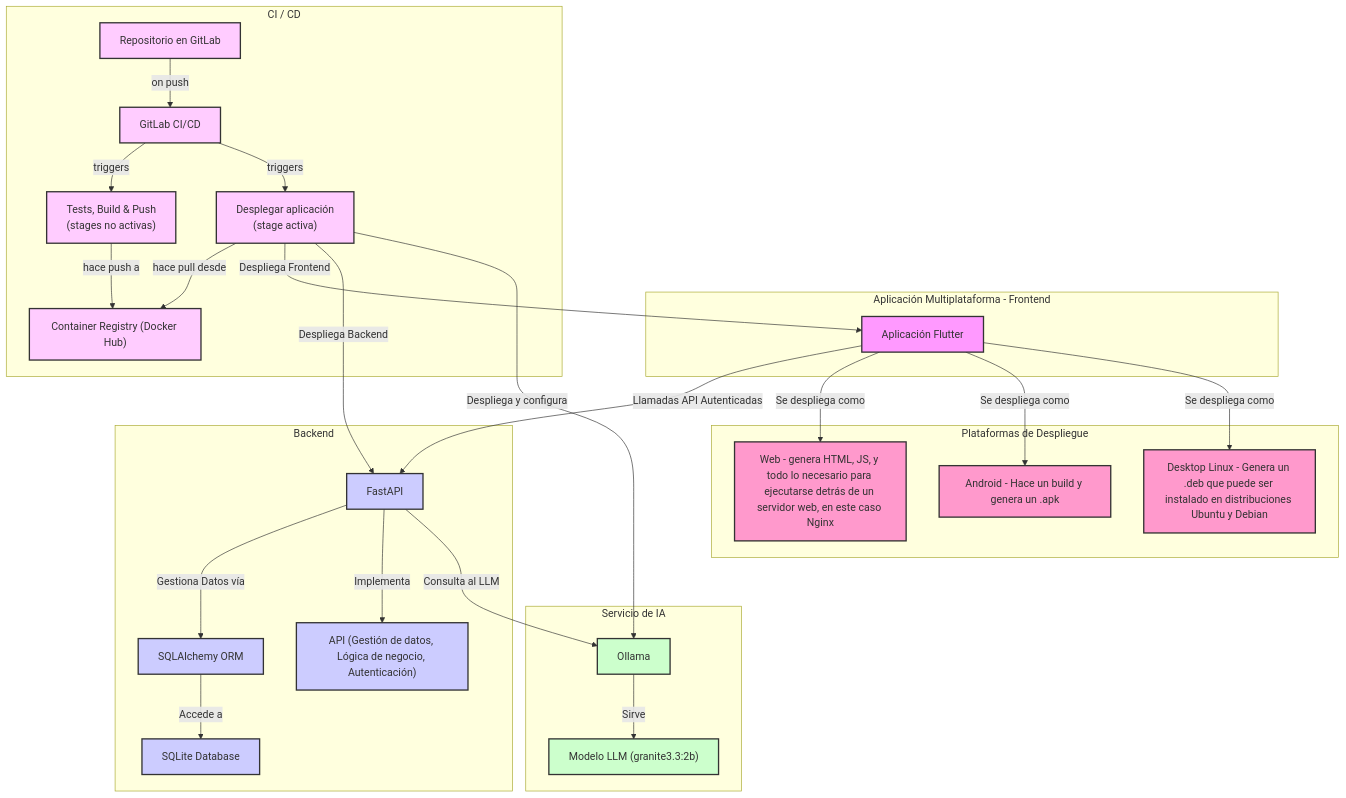
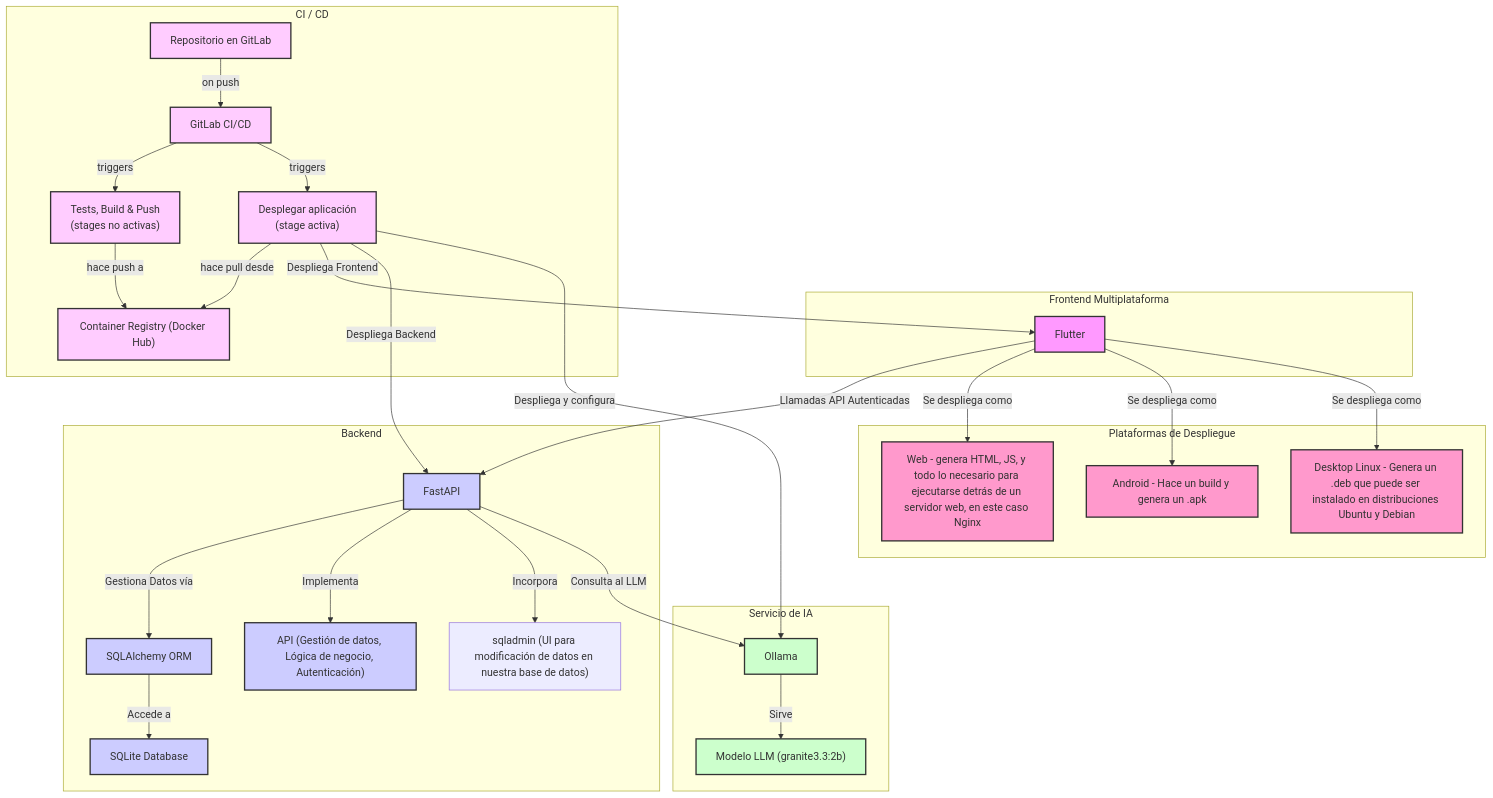
Before and after one commit to adrianfusco/dillearning: the diagram in documentacion/diagramas/arquitectura_sistema.mmd, drawn with Mermaid. The commit also changed 13 other files, not shown here.

```diff
--- a/documentacion/diagramas/arquitectura_sistema.mmd
+++ b/documentacion/diagramas/arquitectura_sistema.mmd
@@ -1,60 +1,62 @@
 graph TD
-    subgraph "Aplicación Multiplataforma - Frontend"
-        A[Aplicación Flutter]
+    subgraph "Frontend Multiplataforma"
+        A[Flutter]
     end
 
     subgraph "Plataformas de Despliegue"
         M[Web - genera HTML, JS, y todo lo necesario para ejecutarse detrás de un servidor web, en este caso Nginx]
         N[Android - Hace un build y genera un .apk]
         O[Desktop Linux - Genera un .deb que puede ser instalado en distribuciones Ubuntu y Debian]
     end
 
     subgraph "Backend"
         B[FastAPI]
         C[SQLAlchemy ORM]
         D[SQLite Database]
         E["API (Gestión de datos, Lógica de negocio, Autenticación)"]
+        Z["sqladmin (UI para modificación de datos en nuestra base de datos)"]
         B -- "Gestiona Datos vía" --> C
         C -- "Accede a" --> D
         B -- "Implementa" --> E
+        B -- "Incorpora" --> Z
     end
 
     subgraph "Servicio de IA"
         F[Ollama]
         G["Modelo LLM (granite3.3:2b)"]
         F -- "Sirve" --> G
     end
 
     subgraph "CI / CD"
         H["Repositorio en GitLab"]
         I[GitLab CI/CD]
         J["Tests, Build & Push <br> (stages no activas)"]
         CR["Container Registry (Docker Hub)"]
         L["Desplegar aplicación <br> (stage activa)"]
         H -- "on push" --> I
         I -- "triggers" --> J
         J -- "hace push a" --> CR
         I -- "triggers" --> L
         L -- "hace pull desde" --> CR
     end
 
     A -- "Llamadas API Autenticadas" --> B
     B -- "Consulta al LLM" --> F
     A -- "Se despliega como" --> M
     A -- "Se despliega como" --> N
     A -- "Se despliega como" --> O
     L -- "Despliega Frontend" --> A
     L -- "Despliega Backend" --> B
     L -- "Despliega y configura" --> F
 
     classDef frontend fill:#f9f,stroke:#333,stroke-width:2px
     classDef backend fill:#ccf,stroke:#333,stroke-width:2px
     classDef ai fill:#cfc,stroke:#333,stroke-width:2px
     classDef devops fill:#fcf,stroke:#333,stroke-width:2px
     classDef deployment fill:#f9c,stroke:#333,stroke-width:2px
 
     class A frontend
     class B,C,D,E backend
     class F,G ai
     class H,I,J,L,CR devops
     class M,N,O deployment
```
